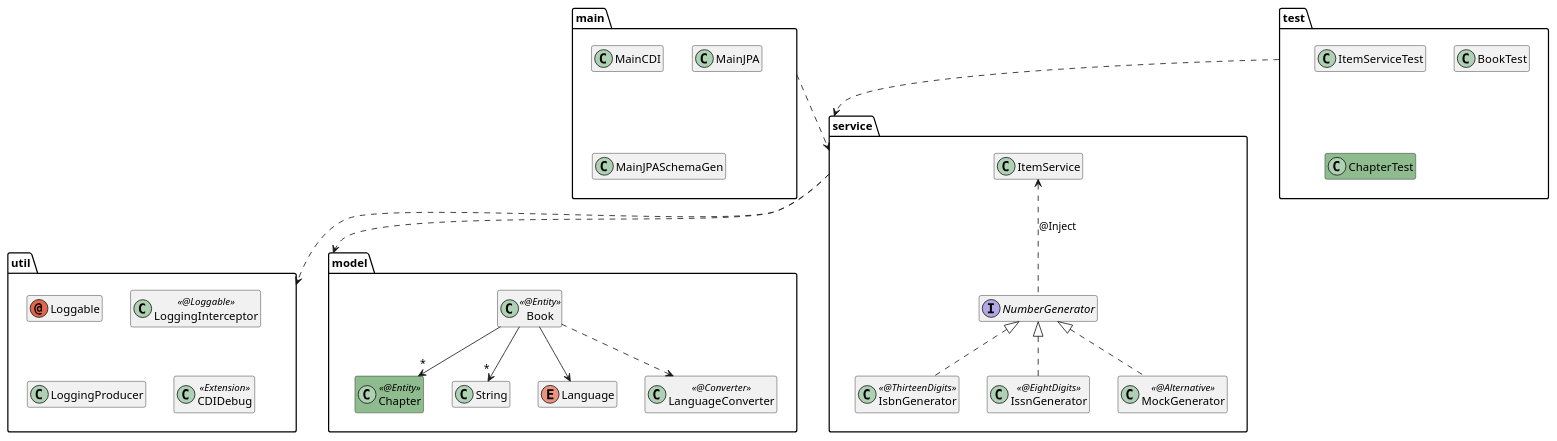
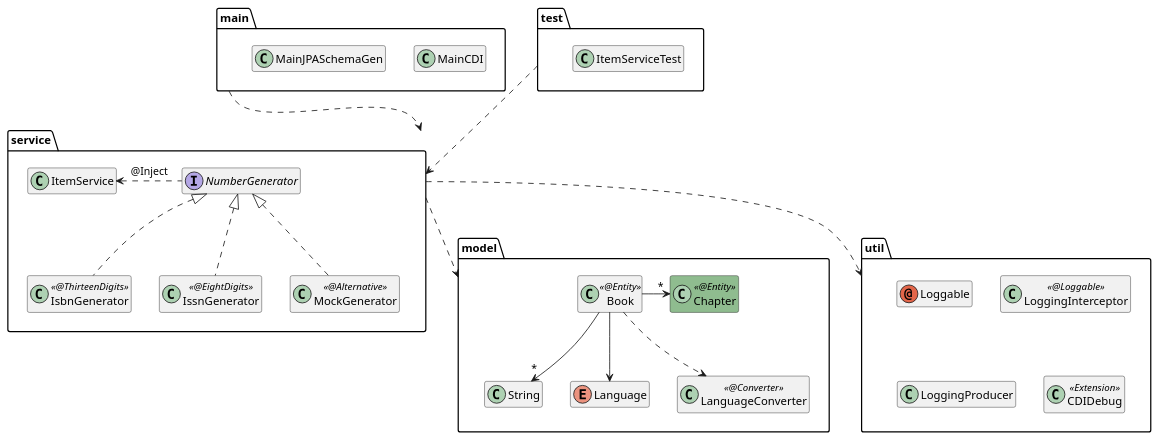
One commit to agoncal/agoncal-training-javaee7 changed the diagram in 04-JPA/demo04.puml. Above: the diagram before and after it, drawn with PlantUML. The commit also changed 29 other files, not shown here.

Commit message:
Updating diagrams

```diff
--- a/04-JPA/demo04.puml
+++ b/04-JPA/demo04.puml
@@ -1,54 +1,51 @@
 @startuml
 
 hide members
 
 package "main" {
     class MainCDI
-    class MainJPA
     class MainJPASchemaGen
 }
 package "test" {
     class ItemServiceTest
-    class BookTest
-    class ChapterTest #8FBC8F
 }
 
 package "service" {
     interface NumberGenerator
     class IsbnGenerator << @ThirteenDigits >>
     class IssnGenerator << @EightDigits >>
     class MockGenerator << @Alternative >>
     class ItemService
 
-    ItemService <.. NumberGenerator : @Inject
+    ItemService <.right. NumberGenerator : @Inject
     NumberGenerator <|.. IsbnGenerator
     NumberGenerator <|.. IssnGenerator
     NumberGenerator <|.. MockGenerator
 }
 
 package "model" {
     class Chapter << @Entity >> #8FBC8F
     class Book << @Entity >>
     class String
     enum Language
     class LanguageConverter << @Converter >>
 
     Book --> "*" String
-    Book --> "*" Chapter
+    Book -right-> "*" Chapter
     Book --> Language
     Book ..> LanguageConverter
 }
 
 package "util" {
     annotation Loggable
     class LoggingInterceptor << @Loggable >>
     class LoggingProducer
     class CDIDebug << Extension >>
 }
 
 main ..> service
 test ..> service
 service ..> model
 service ..> util
 
 @enduml
```
